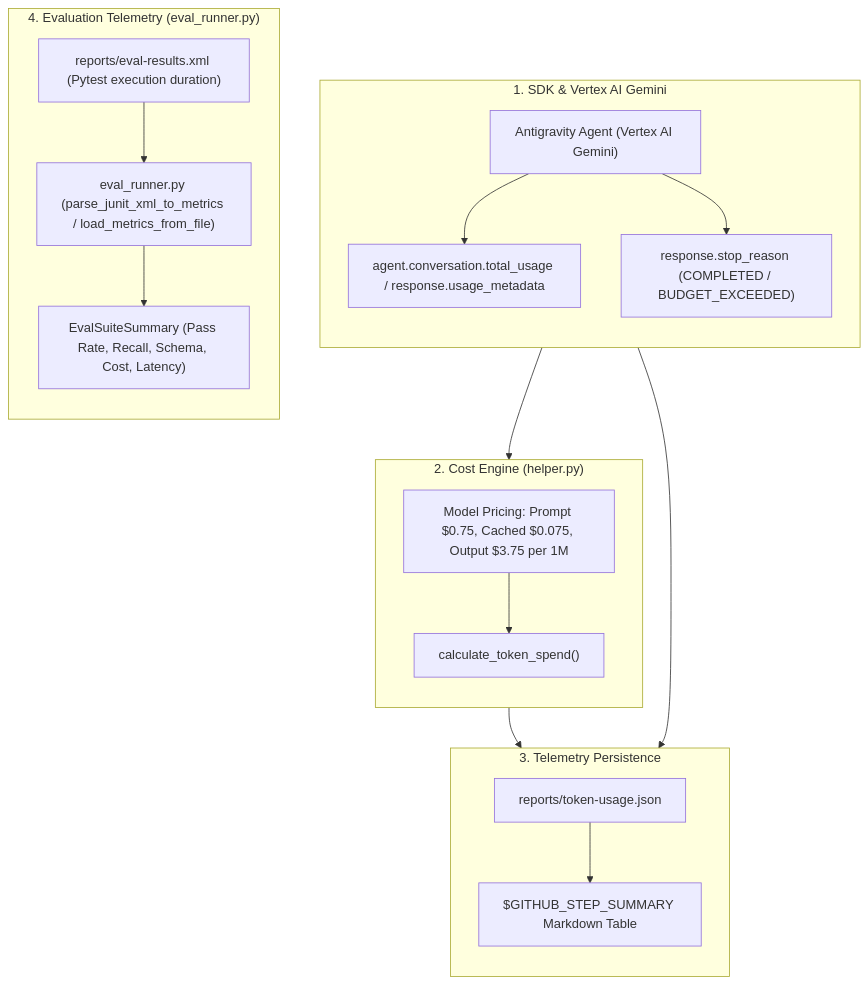
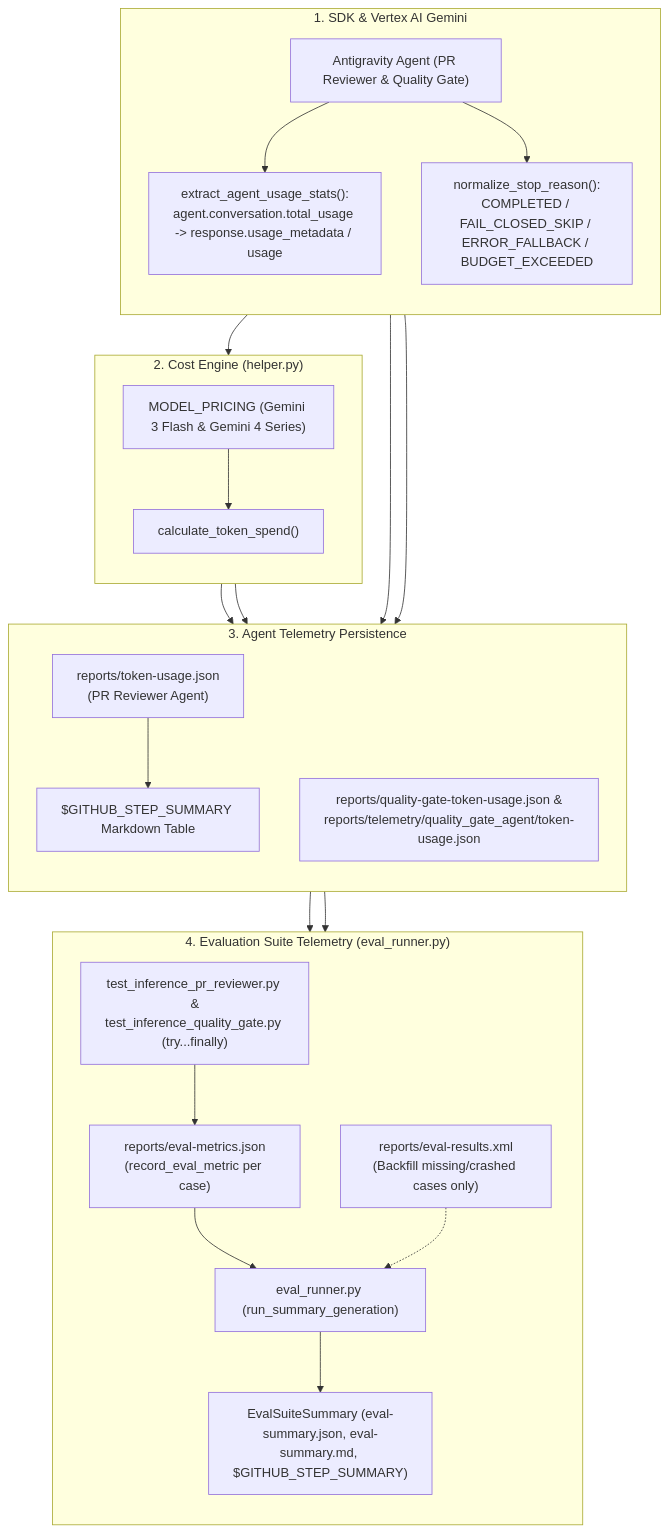
Before and after one commit to ypenn21/adk-agents: the sixth of 7 diagrams in .github/CI_CD.md, drawn with Mermaid. The commit also changed other lines of this file and 1 other file, not shown here.

````diff
--- a/.github/CI_CD.md
+++ b/.github/CI_CD.md
@@ -643,37 +645,46 @@
 ```mermaid
 flowchart TD
     subgraph S1 ["1. SDK & Vertex AI Gemini"]
         direction TB
-        Agent["Antigravity Agent (Vertex AI Gemini)"]
-        RawUsage["agent.conversation.total_usage / response.usage_metadata"]
-        RawStop["response.stop_reason (COMPLETED / BUDGET_EXCEEDED)"]
+        Agent["Antigravity Agent (PR Reviewer & Quality Gate)"]
+        RawUsage["extract_agent_usage_stats():<br/>agent.conversation.total_usage -> response.usage_metadata / usage"]
+        RawStop["normalize_stop_reason():<br/>COMPLETED / FAIL_CLOSED_SKIP / ERROR_FALLBACK / BUDGET_EXCEEDED"]
         Agent --> RawUsage
         Agent --> RawStop
     end
 
     subgraph S2 ["2. Cost Engine (helper.py)"]
         direction TB
         SpendFunc["calculate_token_spend()"]
-        PricingModel["Model Pricing: Prompt $0.75, Cached $0.075, Output $3.75 per 1M"]
+        PricingModel["MODEL_PRICING (Gemini 3 Flash & Gemini 4 Series)"]
         RawUsage --> SpendFunc
         PricingModel --> SpendFunc
     end
 
-    subgraph S3 ["3. Telemetry Persistence"]
+    subgraph S3 ["3. Agent Telemetry Persistence"]
         direction TB
-        TokenJSON["reports/token-usage.json"]
+        PRTokenJSON["reports/token-usage.json<br/>(PR Reviewer Agent)"]
+        QGTokenJSON["reports/quality-gate-token-usage.json &<br/>reports/telemetry/quality_gate_agent/token-usage.json"]
         JobSummary["$GITHUB_STEP_SUMMARY Markdown Table"]
-        SpendFunc --> TokenJSON
-        RawStop --> TokenJSON
-        TokenJSON --> JobSummary
+        SpendFunc --> PRTokenJSON
+        SpendFunc --> QGTokenJSON
+        RawStop --> PRTokenJSON
+        RawStop --> QGTokenJSON
+        PRTokenJSON --> JobSummary
     end
 
-    subgraph S4 ["4. Evaluation Telemetry (eval_runner.py)"]
+    subgraph S4 ["4. Evaluation Suite Telemetry (eval_runner.py)"]
         direction TB
-        JUnitXML["reports/eval-results.xml (Pytest execution duration)"]
-        Runner["eval_runner.py (parse_junit_xml_to_metrics / load_metrics_from_file)"]
-        EvalSummary["EvalSuiteSummary (Pass Rate, Recall, Schema, Cost, Latency)"]
-        JUnitXML --> Runner
+        EvalTests["test_inference_pr_reviewer.py &<br/>test_inference_quality_gate.py (try...finally)"]
+        EvalMetrics["reports/eval-metrics.json<br/>(record_eval_metric per case)"]
+        JUnitXML["reports/eval-results.xml<br/>(Backfill missing/crashed cases only)"]
+        Runner["eval_runner.py (run_summary_generation)"]
+        EvalSummary["EvalSuiteSummary (eval-summary.json, eval-summary.md, $GITHUB_STEP_SUMMARY)"]
+        PRTokenJSON --> EvalTests
+        QGTokenJSON --> EvalTests
+        EvalTests --> EvalMetrics
+        EvalMetrics --> Runner
+        JUnitXML -.-> Runner
         Runner --> EvalSummary
     end
 ```
````
